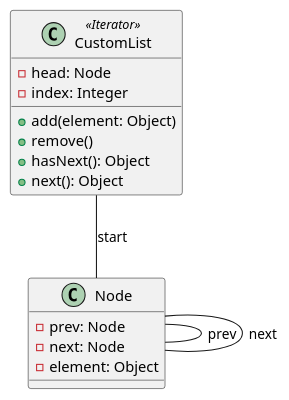
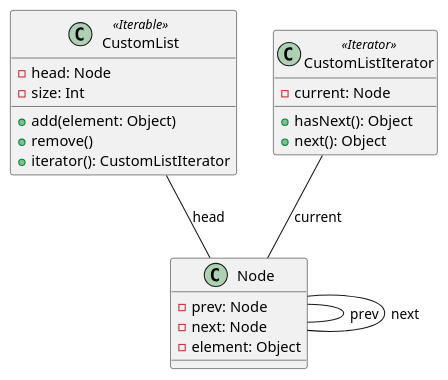
The diagram in doc/list-classdiagram.plantuml (hslu-students/ad-exercises), drawn with PlantUML before and after one commit. The commit also changed 2 other files, not shown here.

Commit message:
Implement first version of list

```diff
--- a/doc/list-classdiagram.plantuml
+++ b/doc/list-classdiagram.plantuml
@@ -1,24 +1,30 @@
 @startuml
 
 ' associations
-CustomList -- Node: start
+CustomList -- Node: head
+CustomListIterator -- Node: current
 Node -- Node: prev
 Node -- Node: next
 
 ' class definitions
-class CustomList <<Iterator>> {
+class CustomList <<Iterable>> {
   -head: Node
-  -index: Integer
+  -size: Int
   +add(element: Object)
   +remove()
+  +iterator(): CustomListIterator
+}
+
+class CustomListIterator <<Iterator>> {
+  -current: Node
   +hasNext(): Object
   +next(): Object
 }
 
 class Node {
   -prev: Node
   -next: Node
   -element: Object
 }
 
 @enduml
```
